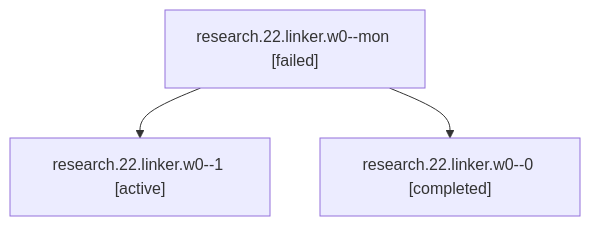
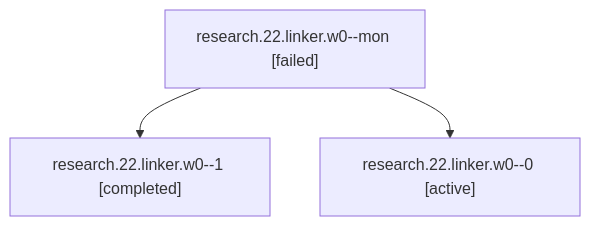
Before and after one commit to sase-org/sase--agents: the diagram in sessions/bbugyi200.apollo.research.22.linker.w0.md, drawn with Mermaid. The commit also changed other lines of this file and 718 other files, not shown here.

````diff
--- a/sessions/bbugyi200.apollo.research.22.linker.w0.md
+++ b/sessions/bbugyi200.apollo.research.22.linker.w0.md
@@ -9,8 +9,8 @@
 ```mermaid
 flowchart TD
   n0["research.22.linker.w0--mon [failed]"]
-  n1["research.22.linker.w0--1 [active]"]
+  n1["research.22.linker.w0--1 [completed]"]
   n0 --> n1
-  n2["research.22.linker.w0--0 [completed]"]
+  n2["research.22.linker.w0--0 [active]"]
   n0 --> n2
 ```
````
